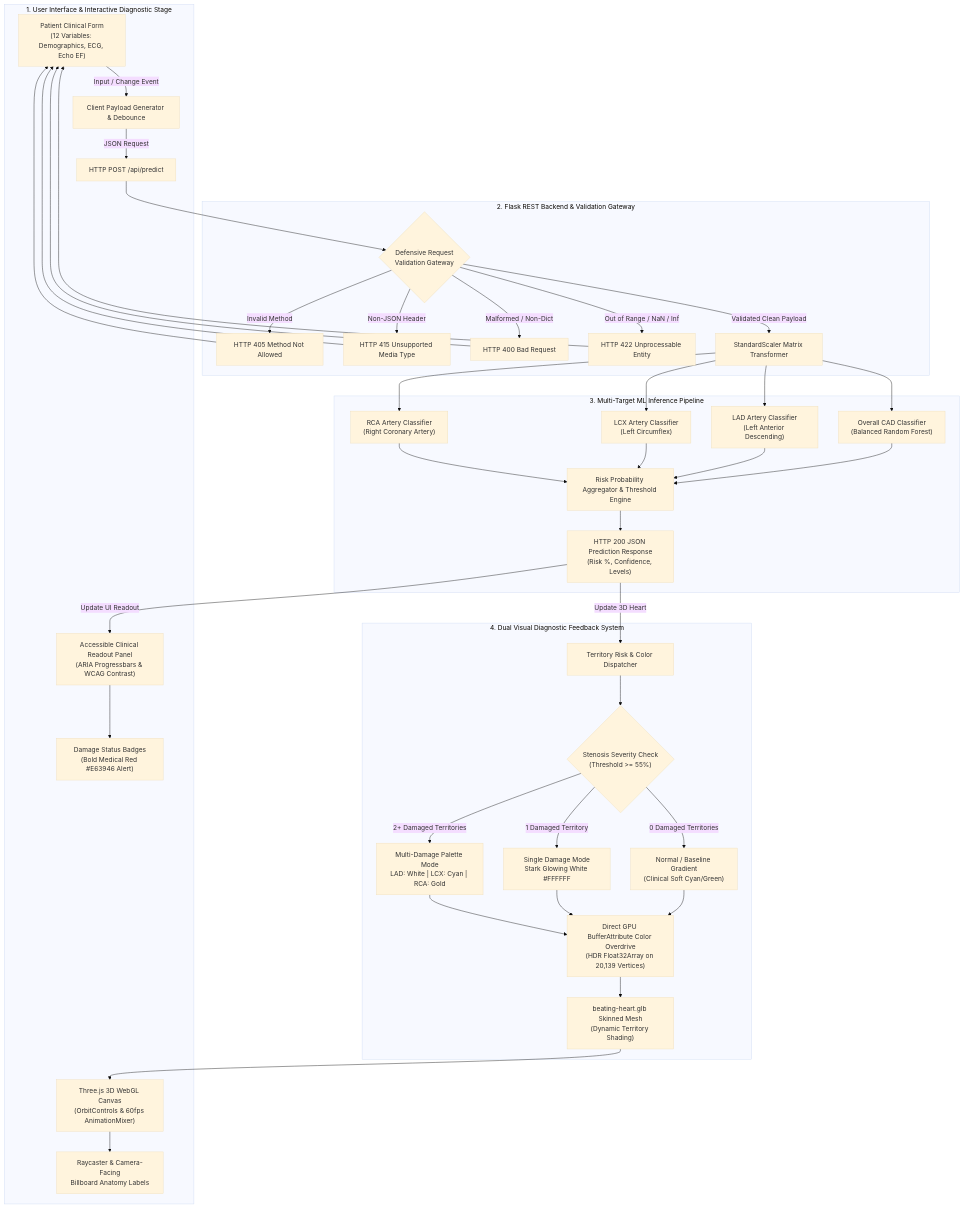
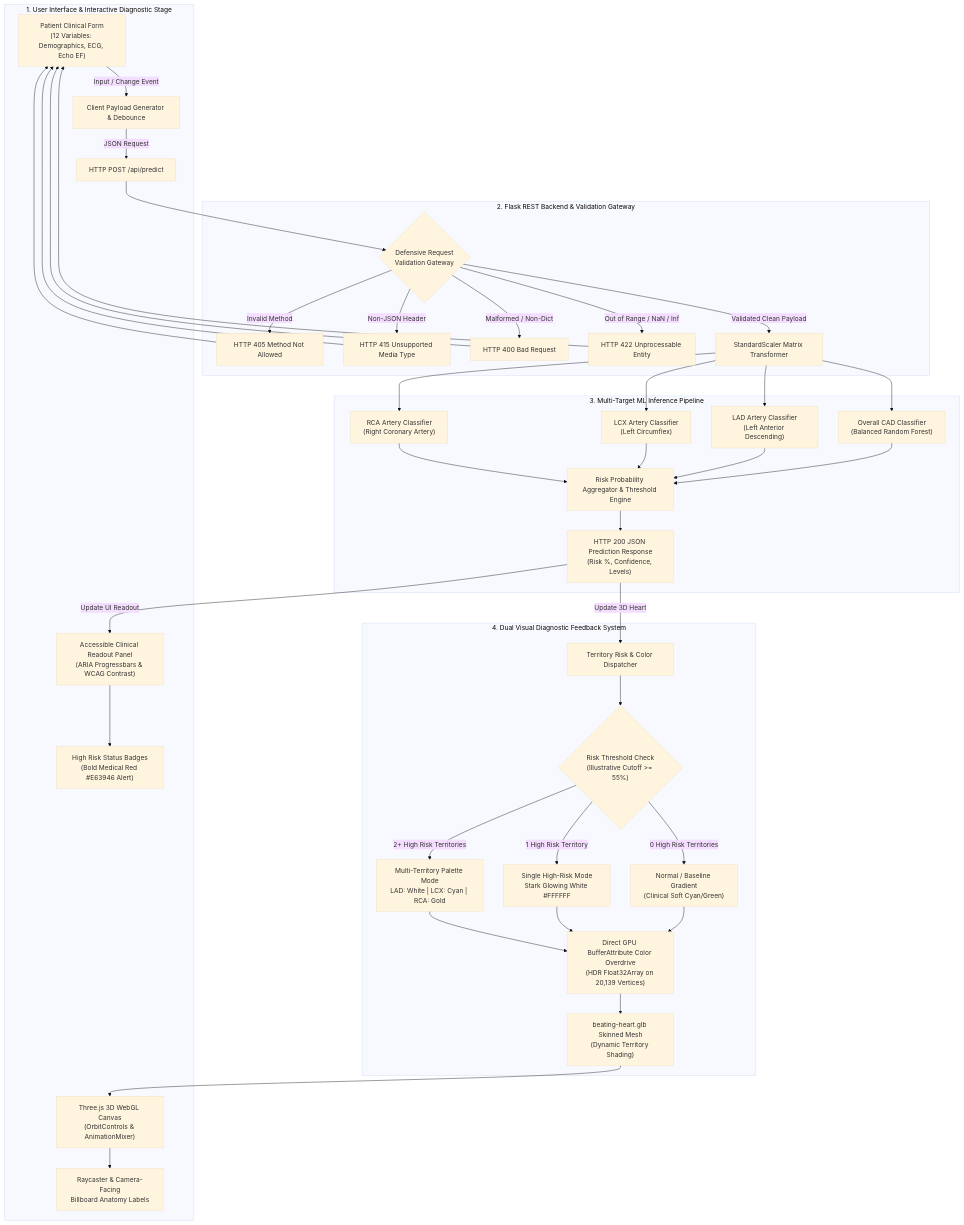
Before and after one commit to xploreshivam/cardiac_risk_prediction: the diagram in docs/architecture_flow.md, drawn with Mermaid (base theme). The commit also changed other lines of this file and 9 other files, not shown here.

````diff
--- a/docs/architecture_flow.md
+++ b/docs/architecture_flow.md
@@ -9,57 +9,57 @@
 ```mermaid
 graph TD
     subgraph UI ["1. User Interface & Interactive Diagnostic Stage"]
         A["Patient Clinical Form<br/>(12 Variables: Demographics, ECG, Echo EF)"] -->|Input / Change Event| B["Client Payload Generator & Debounce"]
         B -->|JSON Request| C["HTTP POST /api/predict"]
         
-        M["Three.js 3D WebGL Canvas<br/>(OrbitControls & 60fps AnimationMixer)"] --> N["Raycaster & Camera-Facing<br/>Billboard Anatomy Labels"]
+        M["Three.js 3D WebGL Canvas<br/>(OrbitControls & AnimationMixer)"] --> N["Raycaster & Camera-Facing<br/>Billboard Anatomy Labels"]
         O["Accessible Clinical Readout Panel<br/>(ARIA Progressbars & WCAG Contrast)"]
-        O2["Damage Status Badges<br/>(Bold Medical Red #E63946 Alert)"]
+        O2["High Risk Status Badges<br/>(Bold Medical Red #E63946 Alert)"]
     end
 
     subgraph API ["2. Flask REST Backend & Validation Gateway"]
         C --> D{"Defensive Request<br/>Validation Gateway"}
         D -->|Invalid Method| E1["HTTP 405 Method Not Allowed"]
         D -->|Non-JSON Header| E2["HTTP 415 Unsupported Media Type"]
         D -->|Malformed / Non-Dict| E3["HTTP 400 Bad Request"]
         D -->|Out of Range / NaN / Inf| E4["HTTP 422 Unprocessable Entity"]
         D -->|Validated Clean Payload| F["StandardScaler Matrix Transformer"]
         
         E1 --> A
         E2 --> A
         E3 --> A
         E4 --> A
     end
 
     subgraph ML ["3. Multi-Target ML Inference Pipeline"]
         F --> G1["Overall CAD Classifier<br/>(Balanced Random Forest)"]
         F --> G2["LAD Artery Classifier<br/>(Left Anterior Descending)"]
         F --> G3["LCX Artery Classifier<br/>(Left Circumflex)"]
         F --> G4["RCA Artery Classifier<br/>(Right Coronary Artery)"]
         
         G1 --> H["Risk Probability Aggregator & Threshold Engine"]
         G2 --> H
         G3 --> H
         G4 --> H
         H --> I["HTTP 200 JSON Prediction Response<br/>(Risk %, Confidence, Levels)"]
     end
 
     subgraph DUAL_DISPATCH ["4. Dual Visual Diagnostic Feedback System"]
         I -->|Update UI Readout| O
         O --> O2
         
         I -->|Update 3D Heart| J["Territory Risk & Color Dispatcher"]
-        J --> K{"Stenosis Severity Check<br/>(Threshold >= 55%)"}
+        J --> K{"Risk Threshold Check<br/>(Illustrative Cutoff >= 55%)"}
         
-        K -->|0 Damaged Territories| L0["Normal / Baseline Gradient<br/>(Clinical Soft Cyan/Green)"]
-        K -->|1 Damaged Territory| L1["Single Damage Mode<br/>Stark Glowing White #FFFFFF"]
-        K -->|2+ Damaged Territories| L2["Multi-Damage Palette Mode<br/>LAD: White | LCX: Cyan | RCA: Gold"]
+        K -->|0 High Risk Territories| L0["Normal / Baseline Gradient<br/>(Clinical Soft Cyan/Green)"]
+        K -->|1 High Risk Territory| L1["Single High-Risk Mode<br/>Stark Glowing White #FFFFFF"]
+        K -->|2+ High Risk Territories| L2["Multi-Territory Palette Mode<br/>LAD: White | LCX: Cyan | RCA: Gold"]
         
         L0 --> P["Direct GPU BufferAttribute Color Overdrive<br/>(HDR Float32Array on 20,139 Vertices)"]
         L1 --> P
         L2 --> P
         
         P --> Q["beating-heart.glb Skinned Mesh<br/>(Dynamic Territory Shading)"]
         Q --> M
     end
 ```
````
